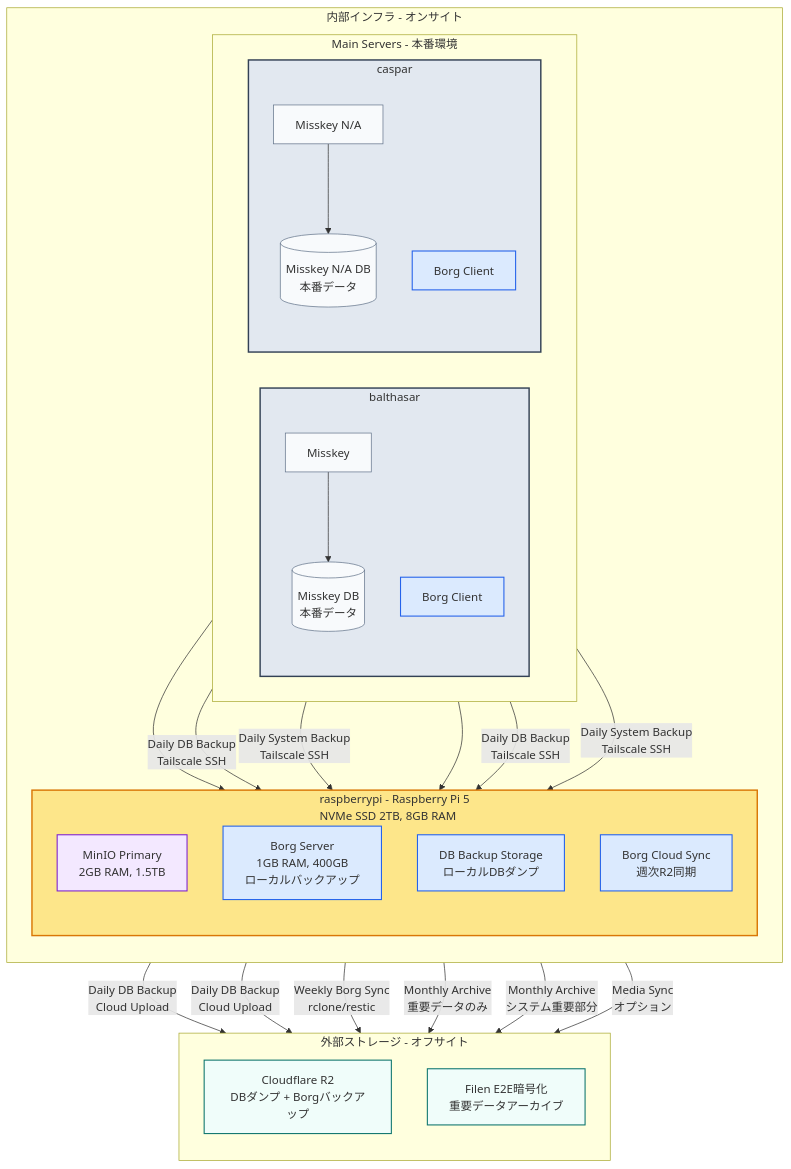
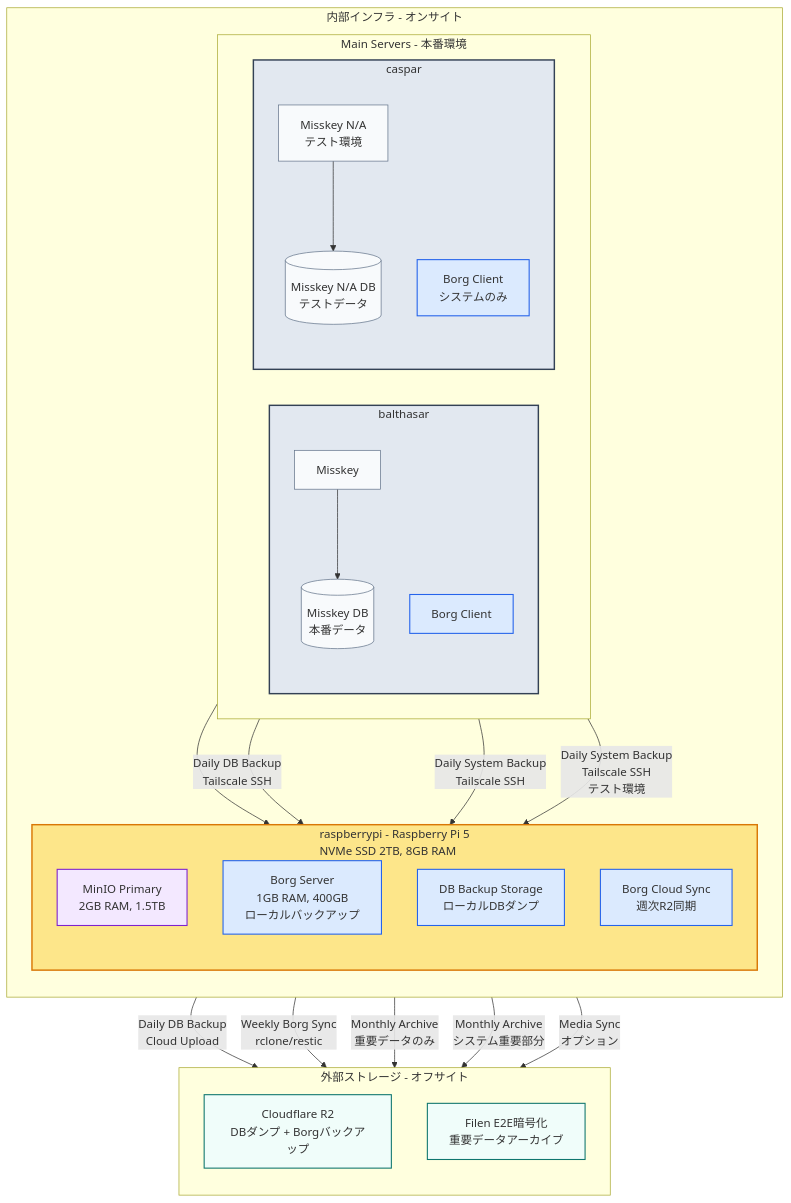
One commit to yamisskey-dev/hosted-list changed the third of 4 diagrams in README.md. Above: the diagram before and after it, drawn with Mermaid.

```diff
--- a/README.md
+++ b/README.md
@@ -257,9 +257,9 @@
        
        subgraph caspar[caspar]
            direction TB
-           nayamisskey[Misskey N/A]:::service
-           nayamisskey_db[(Misskey N/A DB<br/>本番データ)]:::service
-           borg_client_c[Borg Client]:::backup
+           nayamisskey[Misskey N/A<br/>テスト環境]:::service
+           nayamisskey_db[(Misskey N/A DB<br/>テストデータ)]:::service
+           borg_client_c[Borg Client<br/>システムのみ]:::backup
        end
    end
 end
@@ -268,21 +268,18 @@
 yamisskey --> yamisskey_db
 yamisskey --> minio_main
 nayamisskey --> nayamisskey_db
-nayamisskey --> minio_main
 
-%% 3-2-1 Database Backup Strategy
+%% 3-2-1 Database Backup Strategy (本番のみ)
 %% Copy 1: Daily DB dumps to Raspberry Pi (different media - local SSD)
 yamisskey_db -- "Daily DB Backup<br/>Tailscale SSH" --> db_backup_local
-nayamisskey_db -- "Daily DB Backup<br/>Tailscale SSH" --> db_backup_local
 
 %% Copy 2: Daily DB dumps to R2 (different media - cloud object storage)
 yamisskey_db -- "Daily DB Backup<br/>Cloud Upload" --> r2
-nayamisskey_db -- "Daily DB Backup<br/>Cloud Upload" --> r2
 
-%% 3-2-1 System Backup Strategy
+%% 3-2-1 System Backup Strategy (両方のシステム)
 %% Copy 1: Daily Borg backup to Raspberry Pi (local)
 borg_client_b -- "Daily System Backup<br/>Tailscale SSH" --> borg_server
-borg_client_c -- "Daily System Backup<br/>Tailscale SSH" --> borg_server
+borg_client_c -- "Daily System Backup<br/>Tailscale SSH<br/>テスト環境" --> borg_server
 
 %% Copy 2: Weekly Borg sync to R2 (offsite)
 borg_sync -- "Weekly Borg Sync<br/>rclone/restic" --> r2
```
